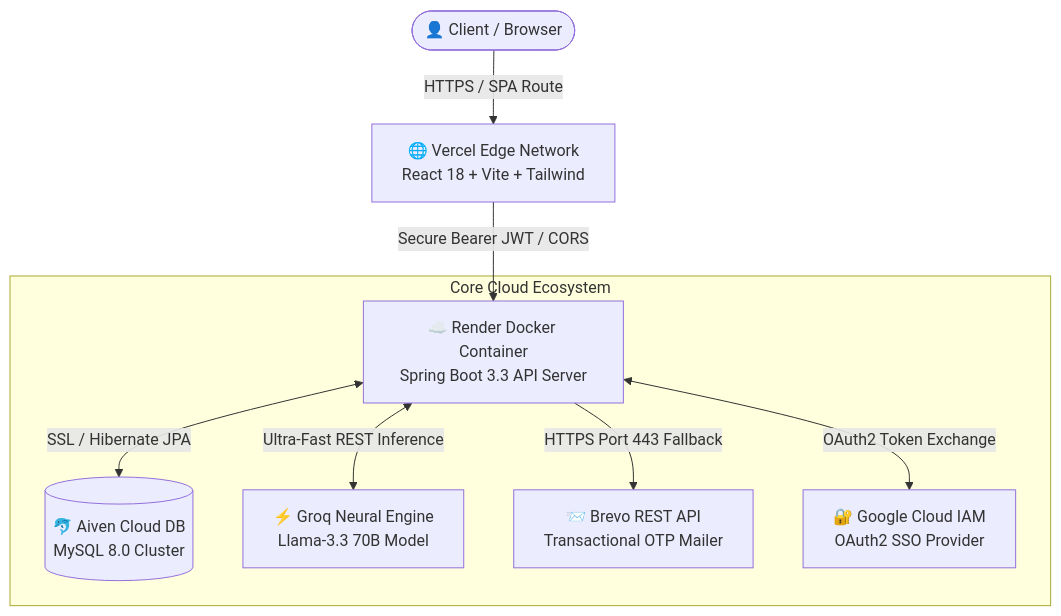
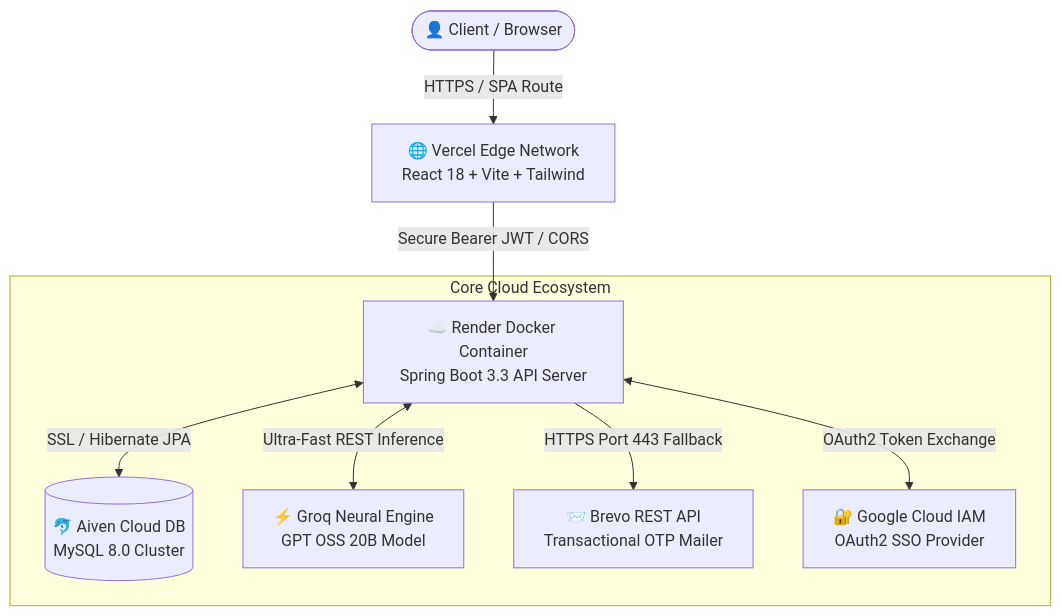
The diagram in README.md (manishworkss/Futureforge-ai), drawn with Mermaid before and after one commit. The commit also changed other lines of this file and 3 other files, not shown here.

Commit message:
Update Groq API model to gpt-oss-20b per model deprecation notice

````diff
--- a/README.md
+++ b/README.md
@@ -49,12 +49,12 @@
 ```mermaid
 graph TD
     User([👤 Client / Browser]) -->|HTTPS / SPA Route| Vercel[🌐 Vercel Edge Network<br/>React 18 + Vite + Tailwind]
     Vercel -->|Secure Bearer JWT / CORS| Render[☁️ Render Docker Container<br/>Spring Boot 3.3 API Server]
     
     subgraph Core Cloud Ecosystem
         Render <-->|SSL / Hibernate JPA| MySQL[(🐬 Aiven Cloud DB<br/>MySQL 8.0 Cluster)]
-        Render <-->|Ultra-Fast REST Inference| Groq[⚡ Groq Neural Engine<br/>Llama-3.3 70B Model]
+        Render <-->|Ultra-Fast REST Inference| Groq[⚡ Groq Neural Engine<br/>GPT OSS 20B Model]
         Render -->|HTTPS Port 443 Fallback| Brevo[📨 Brevo REST API<br/>Transactional OTP Mailer]
         Render <-->|OAuth2 Token Exchange| Google[🔐 Google Cloud IAM<br/>OAuth2 SSO Provider]
     end
 ```
````
